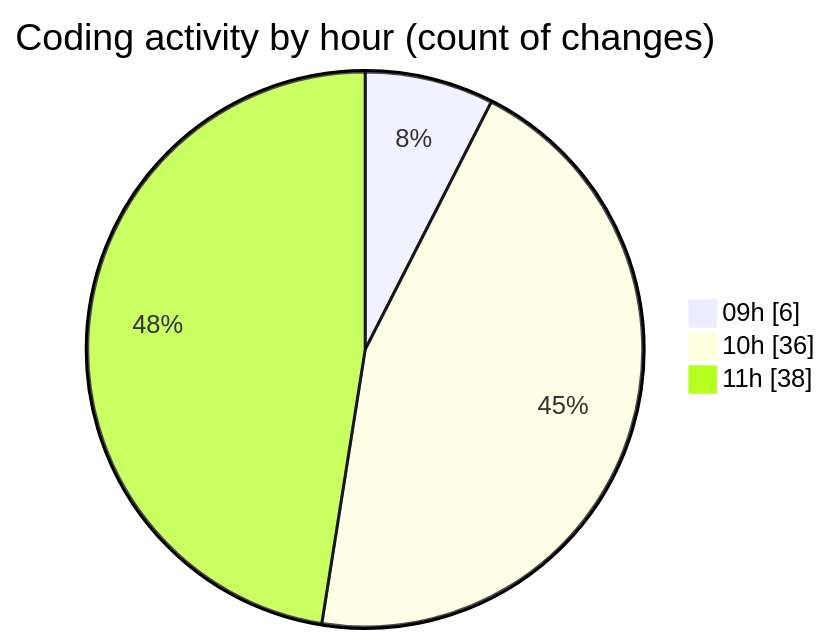
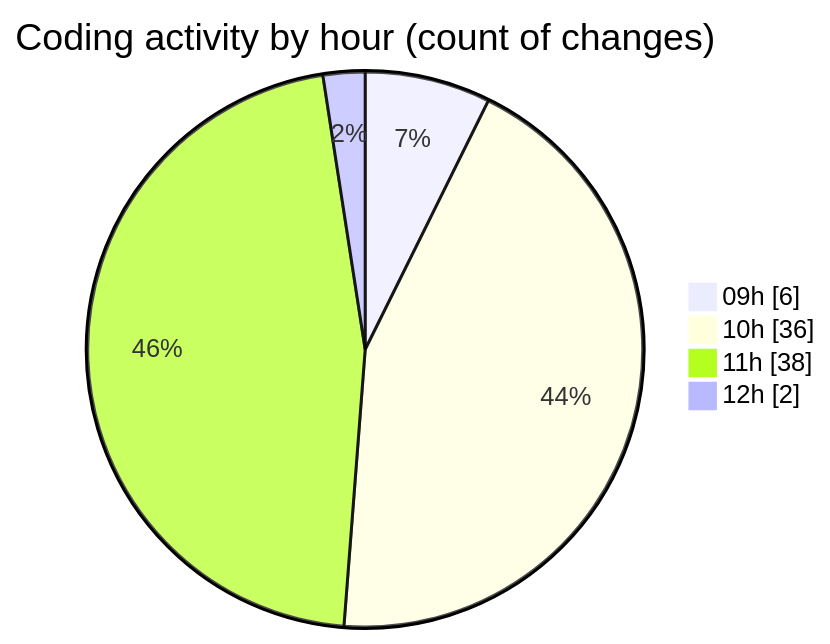
The second of 2 diagrams in 2026-08-26/cda/README.md (momahboobian/code-tracking), drawn with Mermaid before and after one commit. The commit also changed other lines of this file and 1 other file, not shown here.

````diff
--- a/2026-08-26/cda/README.md
+++ b/2026-08-26/cda/README.md
@@ -38,7 +39,8 @@
 ```mermaid
 pie showData
 title Coding activity by hour (count of changes)
 "09h" : 6
 "10h" : 36
 "11h" : 38
+"12h" : 2
 ```
````
